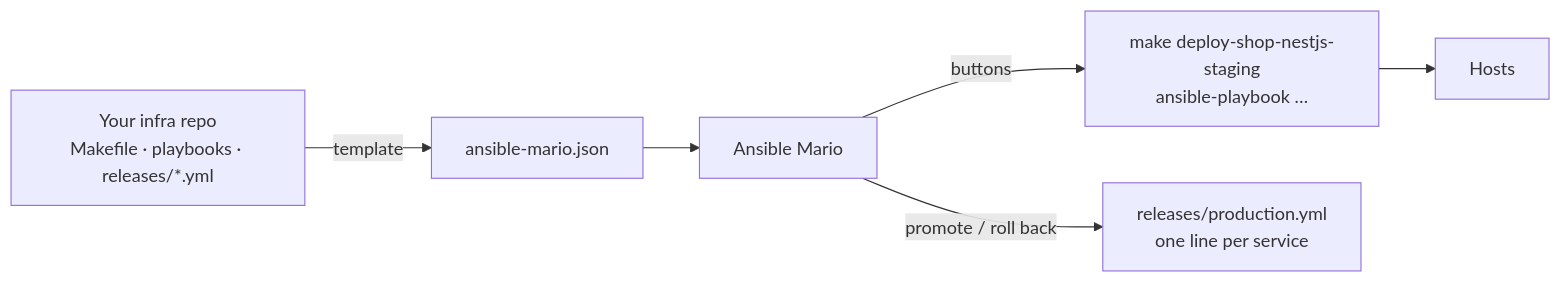
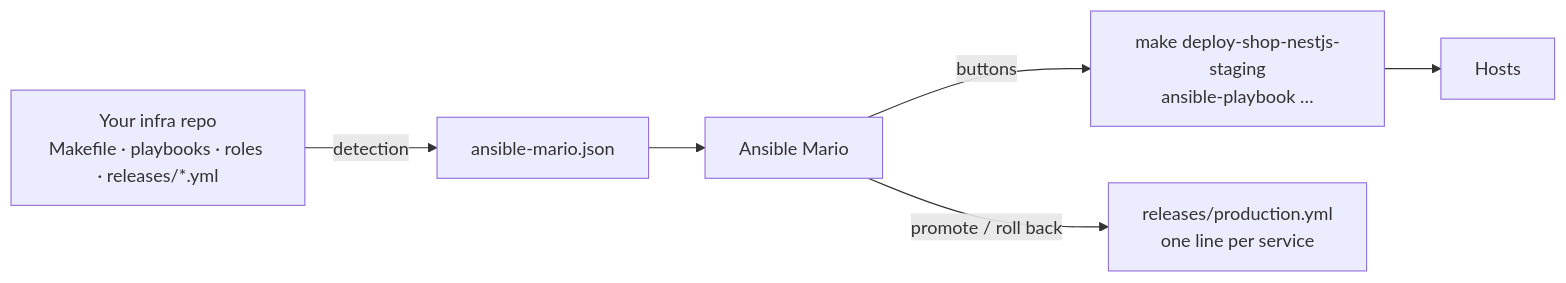
One commit to mariocosttaa/tillerdeck changed the diagram in README.md. Above: the diagram before and after it, drawn with Mermaid. The commit also changed other lines of this file and 4 other files, not shown here.

Commit message:
docs: detection from playbooks and several open projects

````diff
--- a/README.md
+++ b/README.md
@@ -50,8 +50,8 @@
 ```mermaid
 flowchart LR
-  R[Your infra repo<br/>Makefile · playbooks · releases/*.yml] -->|template| M[ansible-mario.json]
+  R[Your infra repo<br/>Makefile · playbooks · roles · releases/*.yml] -->|detection| M[ansible-mario.json]
   M --> A[Ansible Mario]
   A -->|buttons| C["make deploy-shop-nestjs-staging<br/>ansible-playbook …"]
   C --> H[Hosts]
   A -->|promote / roll back| REL[releases/production.yml<br/>one line per service]
 ```
````
